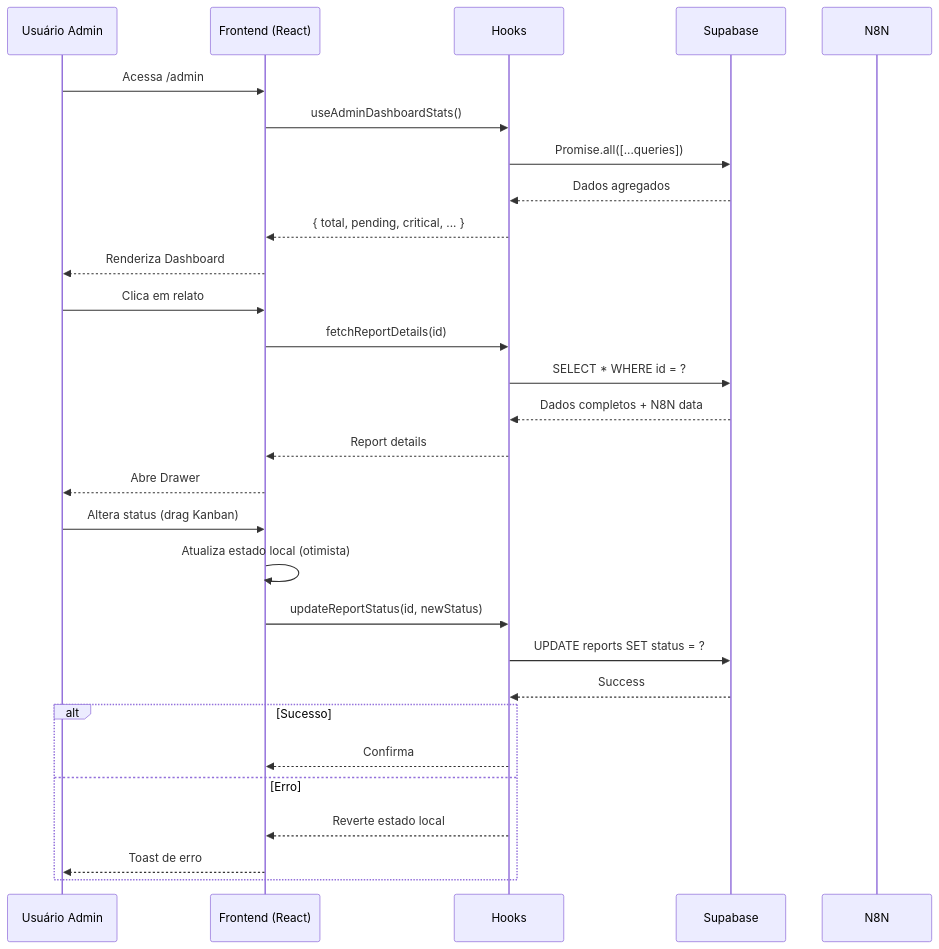
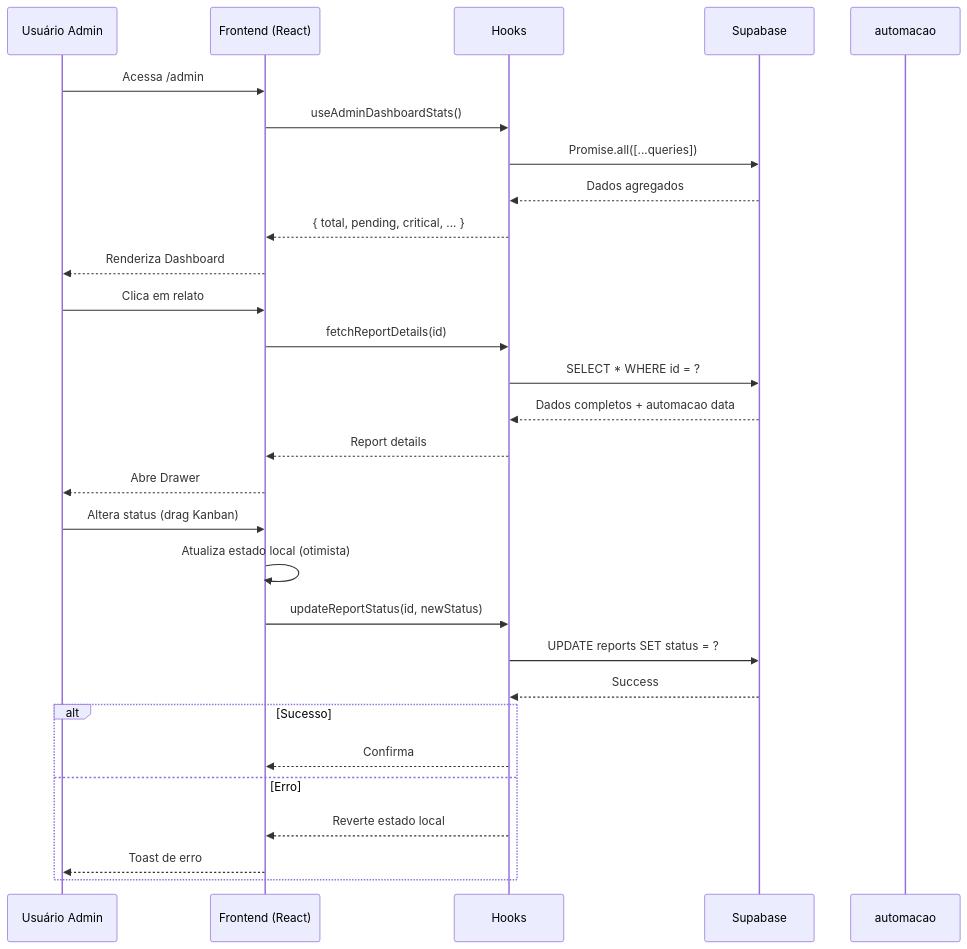
Diagram 21 of 21 in docs/AI_ORCHESTRATOR_SPECIFICATION.md (MTechnologia/camana-na-mao), drawn with Mermaid before and after one commit. The commit also changed other lines of this file and 77 other files, not shown here.

````diff
--- a/docs/AI_ORCHESTRATOR_SPECIFICATION.md
+++ b/docs/AI_ORCHESTRATOR_SPECIFICATION.md
@@ -5035,35 +5035,35 @@
 ```mermaid
 sequenceDiagram
     participant U as Usuário Admin
     participant F as Frontend (React)
     participant H as Hooks
     participant S as Supabase
-    participant N as N8N
+    participant N as automacao
     
     U->>F: Acessa /admin
     F->>H: useAdminDashboardStats()
     H->>S: Promise.all([...queries])
     S-->>H: Dados agregados
     H-->>F: { total, pending, critical, ... }
     F-->>U: Renderiza Dashboard
     
     U->>F: Clica em relato
     F->>H: fetchReportDetails(id)
     H->>S: SELECT * WHERE id = ?
-    S-->>H: Dados completos + N8N data
+    S-->>H: Dados completos + automacao data
     H-->>F: Report details
     F-->>U: Abre Drawer
     
     U->>F: Altera status (drag Kanban)
     F->>F: Atualiza estado local (otimista)
     F->>H: updateReportStatus(id, newStatus)
     H->>S: UPDATE reports SET status = ?
     S-->>H: Success
     
     alt Sucesso
         H-->>F: Confirma
     else Erro
         H-->>F: Reverte estado local
         F-->>U: Toast de erro
     end
 ```
````
